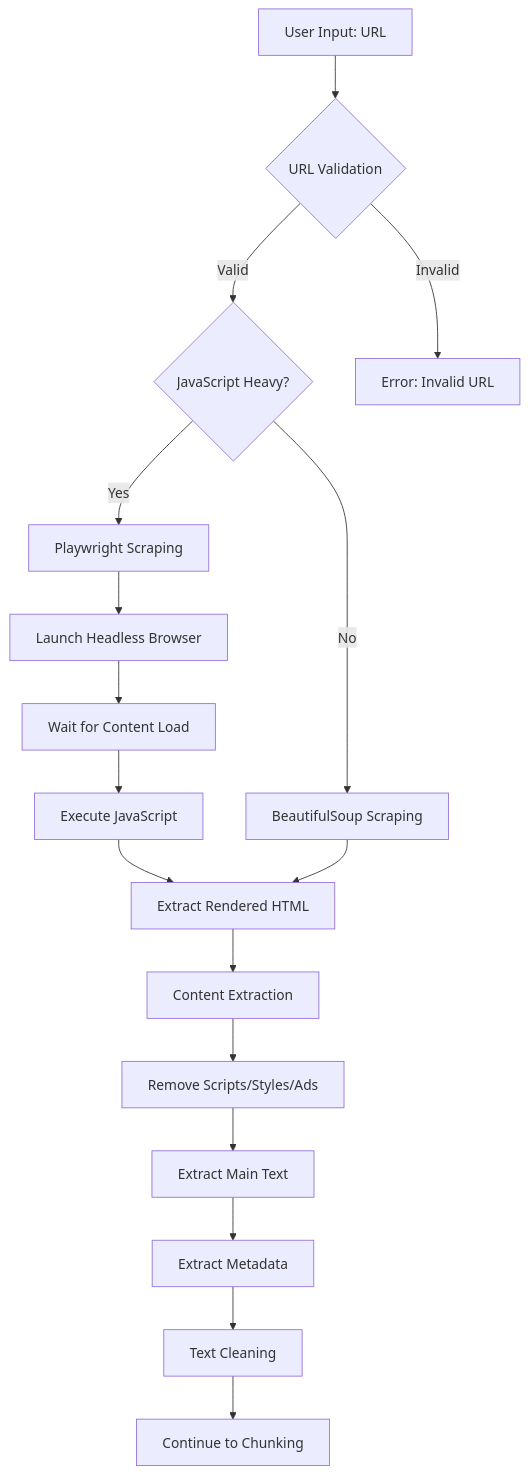
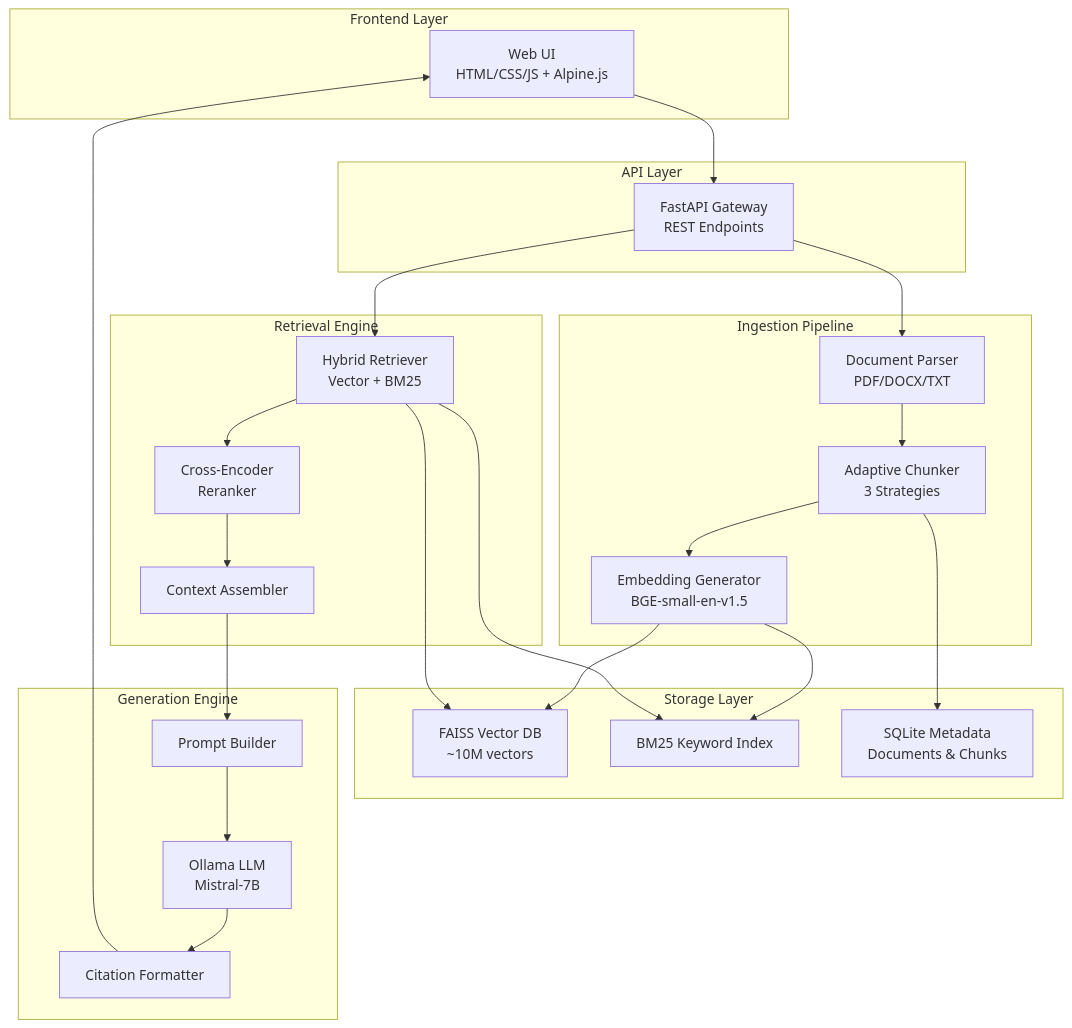
Before and after one commit to satyaki-mitra/docu-vault-ai: the second of 4 diagrams in README.md, drawn with Mermaid. The commit also changed other lines of this file and 2 other files, not shown here.

````diff
--- a/README.md
+++ b/README.md
@@ -479,23 +103,53 @@
 ```mermaid
-flowchart TD
-    A[User Input: URL] --> B{URL Validation}
-    B -->|Valid| C{JavaScript Heavy?}
-    B -->|Invalid| Z[Error: Invalid URL]
+graph TB
+    subgraph "Frontend Layer"
+        A[Web UI<br/>HTML/CSS/JS + Alpine.js]
+    end
     
-    C -->|Yes| D[Playwright Scraping]
-    C -->|No| E[BeautifulSoup Scraping]
+    subgraph "API Layer"
+        B[FastAPI Gateway<br/>REST Endpoints]
+    end
     
-    D --> F[Launch Headless Browser]
-    F --> G[Wait for Content Load]
-    G --> H[Execute JavaScript]
-    H --> I[Extract Rendered HTML]
+    subgraph "Ingestion Pipeline"
+        C[Document Parser<br/>PDF/DOCX/TXT]
+        D[Adaptive Chunker<br/>3 Strategies]
+        E[Embedding Generator<br/>BGE-small-en-v1.5]
+    end
     
-    E --> I
+    subgraph "Storage Layer"
+        F[FAISS Vector DB<br/>~10M vectors]
+        G[BM25 Keyword Index]
+        H[SQLite Metadata<br/>Documents & Chunks]
+    end
     
-    I --> J[Content Extraction]
-    J --> K[Remove Scripts/Styles/Ads]
-    K --> L[Extract Main Text]
-    L --> M[Extract Metadata]
-    M --> N[Text Cleaning]
-    N --> O[Continue to Chunking]
+    subgraph "Retrieval Engine"
+        I[Hybrid Retriever<br/>Vector + BM25]
+        J[Cross-Encoder<br/>Reranker]
+        K[Context Assembler]
+    end
+    
+    subgraph "Generation Engine"
+        L[Ollama LLM<br/>Mistral-7B]
+        M[Prompt Builder]
+        N[Citation Formatter]
+    end
+    
+    A --> B
+    B --> C
+    C --> D
+    D --> E
+    E --> F
+    E --> G
+    D --> H
+    
+    B --> I
+    I --> F
+    I --> G
+    I --> J
+    J --> K
+    
+    K --> M
+    M --> L
+    L --> N
+    N --> A
 ```
````
